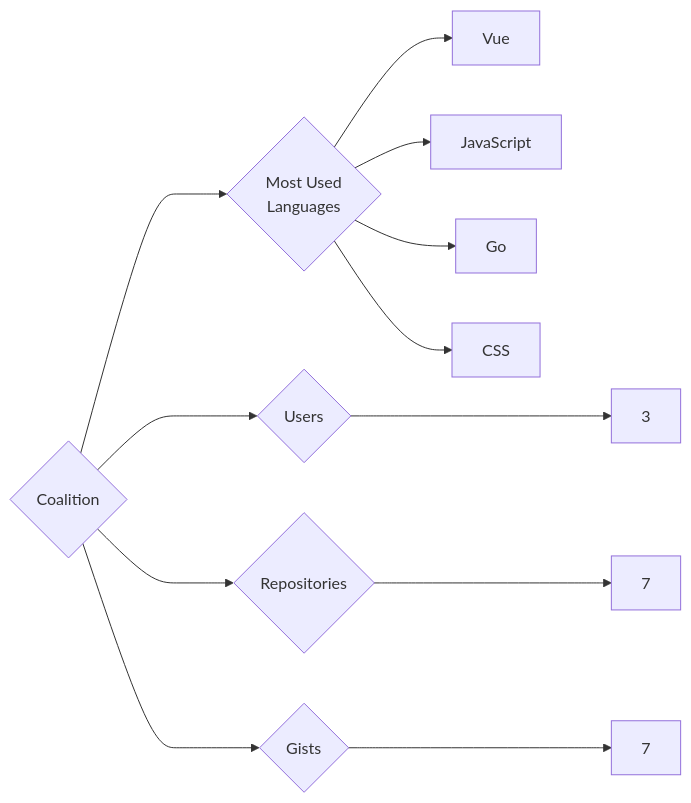
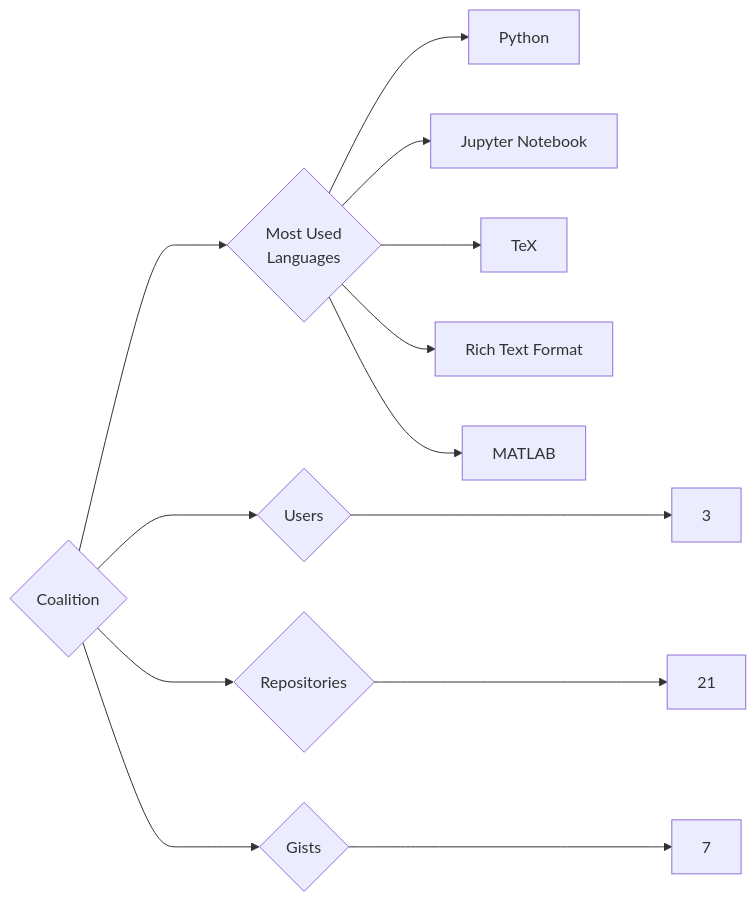
Before and after one commit to trickest/insiders: the diagram in targets/Coalition/README.md, drawn with Mermaid. The commit also changed 934 other files, not shown here.

````diff
--- a/targets/Coalition/README.md
+++ b/targets/Coalition/README.md
@@ -3,12 +3,13 @@
 ```mermaid
 graph LR
 COMPANY_NAME{Coalition}
 COMPANY_NAME ---> U{Users} ---> UN[3]
-COMPANY_NAME ---> R{Repositories} ---> RN[7]
+COMPANY_NAME ---> R{Repositories} ---> RN[21]
 COMPANY_NAME ---> G{Gists} ---> GN[7]
 COMPANY_NAME ---> ML{Most Used<br>Languages}
-ML --> Vue[Vue]
-ML --> JavaScript[JavaScript]
-ML --> Go[Go]
-ML --> CSS[CSS]
+ML --> Python[Python]
+ML --> Jupyter_Notebook[Jupyter Notebook]
+ML --> TeX[TeX]
+ML --> Rich_Text_Format[Rich Text Format]
+ML --> MATLAB[MATLAB]
 ```
````
